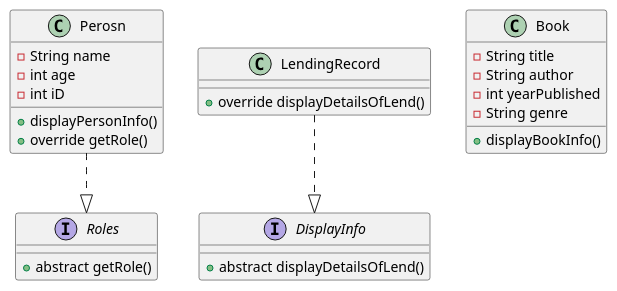
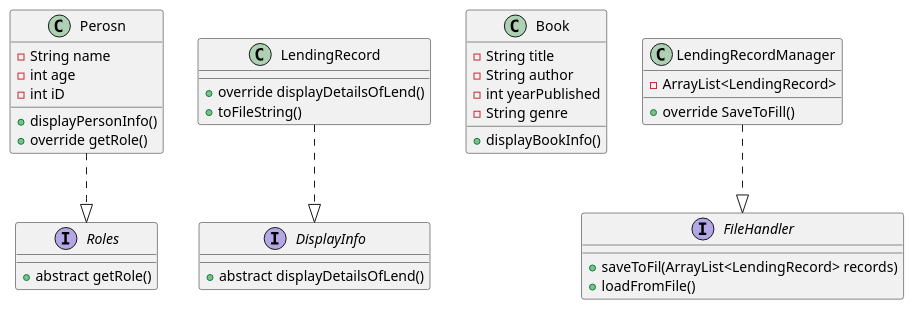
One commit to KhattabE/Java-Small-projects changed the diagram in Book Lending Archive System/Book Lending Archive System.puml. Above: the diagram before and after it, drawn with PlantUML. The commit also changed 7 other files, not shown here.

```diff
--- a/Book Lending Archive System/Book Lending Archive System.puml
+++ b/Book Lending Archive System/Book Lending Archive System.puml
@@ -1,42 +1,55 @@
 @startuml
 
 
 interface Roles{
 +abstract getRole()
 
 }
 
 interface DisplayInfo{
 +abstract displayDetailsOfLend()
 }
 
 
 class Book{
  -String title
  -String author
  -int yearPublished
  -String genre
  +displayBookInfo()
 }
 
 class Perosn{
     -String name
     -int age
     -int iD
     +displayPersonInfo()
     +override getRole()
 }
 
 
 class LendingRecord{
     +override displayDetailsOfLend()
+    +toFileString()
 }
+
+interface FileHandler{
+    +saveToFil(ArrayList<LendingRecord> records)
+    +loadFromFile()
+}
+
+class LendingRecordManager{
+    -ArrayList<LendingRecord>
+    +override SaveToFill()
+}
+
+LendingRecordManager ..|> FileHandler
 
 
 
 
 Perosn ..|> Roles
 LendingRecord ..|> DisplayInfo
 
 
 @enduml
```
